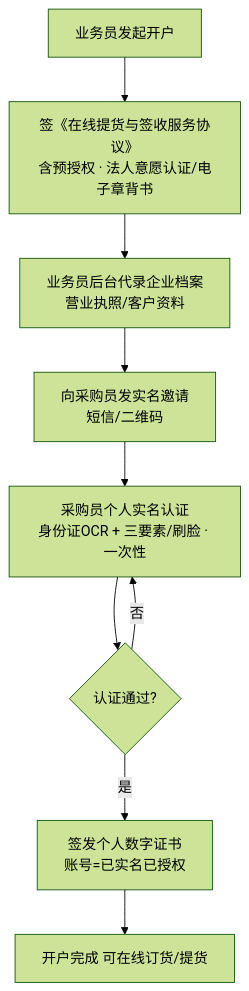
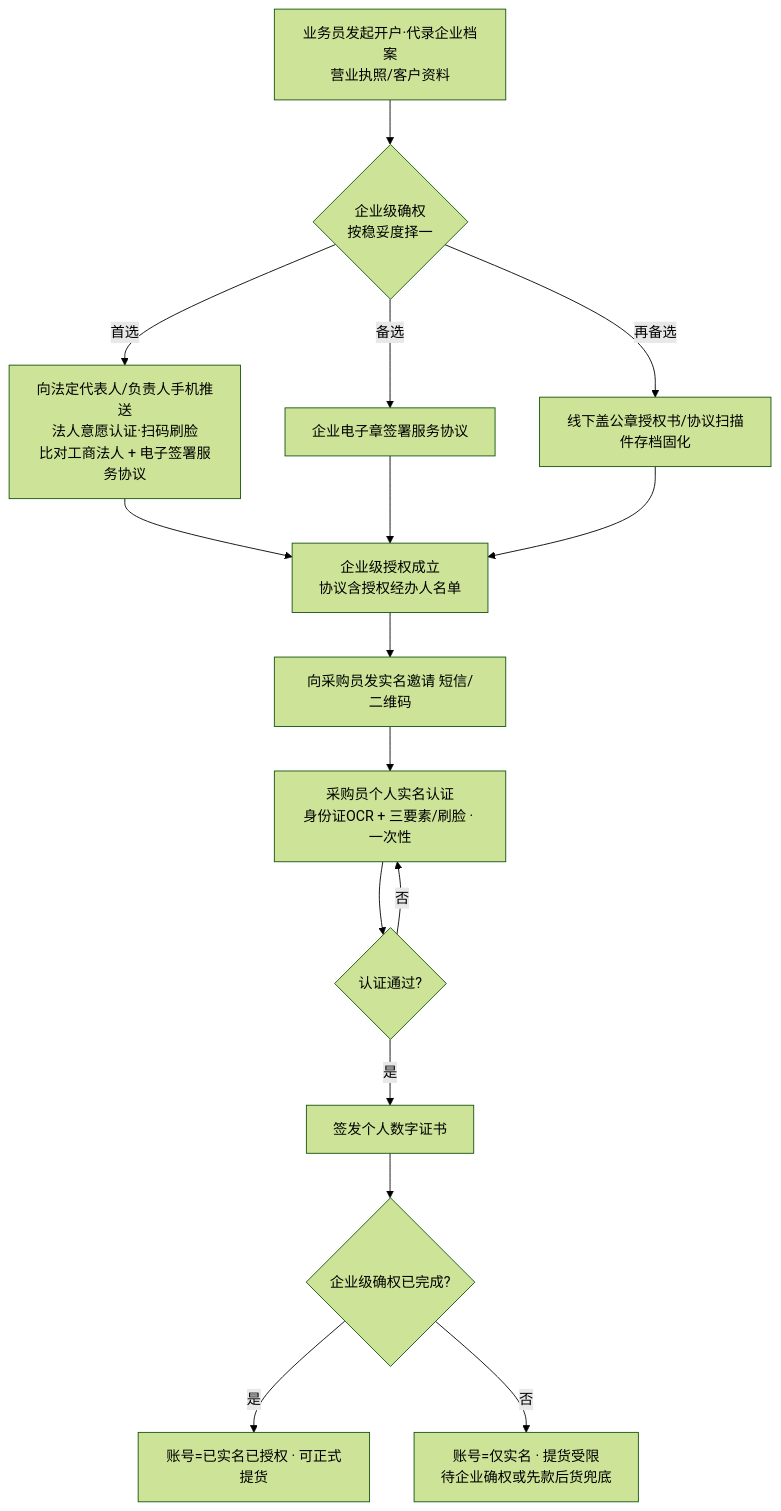
The first of 3 diagrams in docs/01-总体方案与业务流程.md (so6662001/QiyeShiming), drawn with Mermaid (forest theme) before and after one commit. The commit also changed other lines of this file and 4 other files, not shown here.

````diff
--- a/docs/01-总体方案与业务流程.md
+++ b/docs/01-总体方案与业务流程.md
@@ -77,11 +79,18 @@
 ```mermaid
 flowchart TD
-    A[业务员发起开户] --> B[签《在线提货与签收服务协议》<br/>含预授权 · 法人意愿认证/电子章背书]
-    B --> C[业务员后台代录企业档案<br/>营业执照/客户资料]
-    C --> D[向采购员发实名邀请<br/>短信/二维码]
+    A[业务员发起开户·代录企业档案<br/>营业执照/客户资料] --> B{企业级确权<br/>按稳妥度择一}
+    B -- 首选 --> B1[向法定代表人/负责人手机推送<br/>法人意愿认证·扫码刷脸<br/>比对工商法人 + 电子签署服务协议]
+    B -- 备选 --> B2[企业电子章签署服务协议]
+    B -- 再备选 --> B3[线下盖公章授权书/协议扫描件存档固化]
+    B1 --> C[企业级授权成立<br/>协议含授权经办人名单]
+    B2 --> C
+    B3 --> C
+    C --> D[向采购员发实名邀请 短信/二维码]
     D --> E[采购员个人实名认证<br/>身份证OCR + 三要素/刷脸 · 一次性]
     E --> F{认证通过?}
     F -- 否 --> E
-    F -- 是 --> G[签发个人数字证书<br/>账号=已实名已授权]
-    G --> H[开户完成 可在线订货/提货]
+    F -- 是 --> G[签发个人数字证书]
+    G --> H{企业级确权已完成?}
+    H -- 是 --> I[账号=已实名已授权 · 可正式提货]
+    H -- 否 --> J[账号=仅实名 · 提货受限<br/>待企业确权或先款后货兜底]
 ```
````
